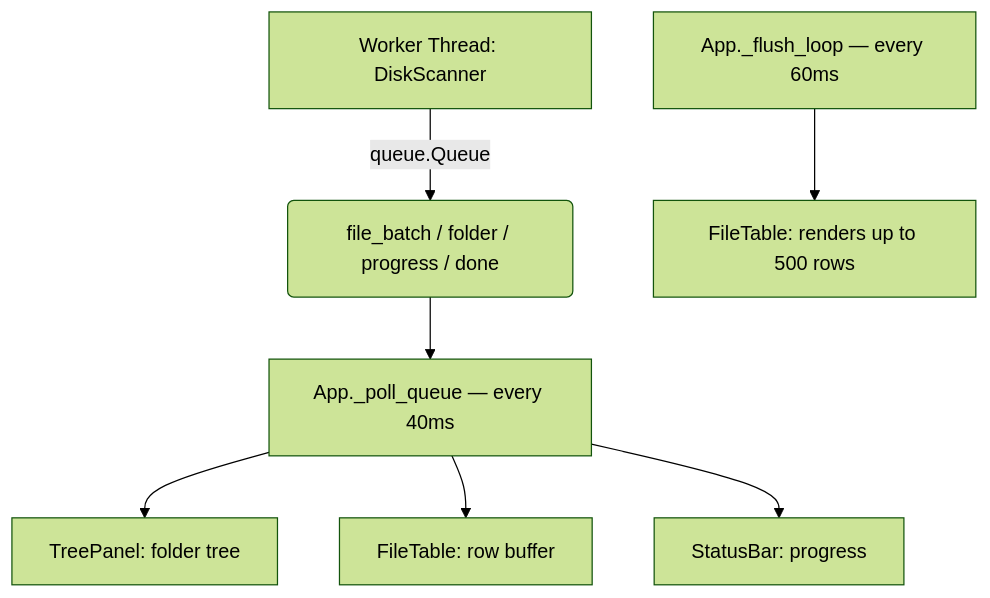
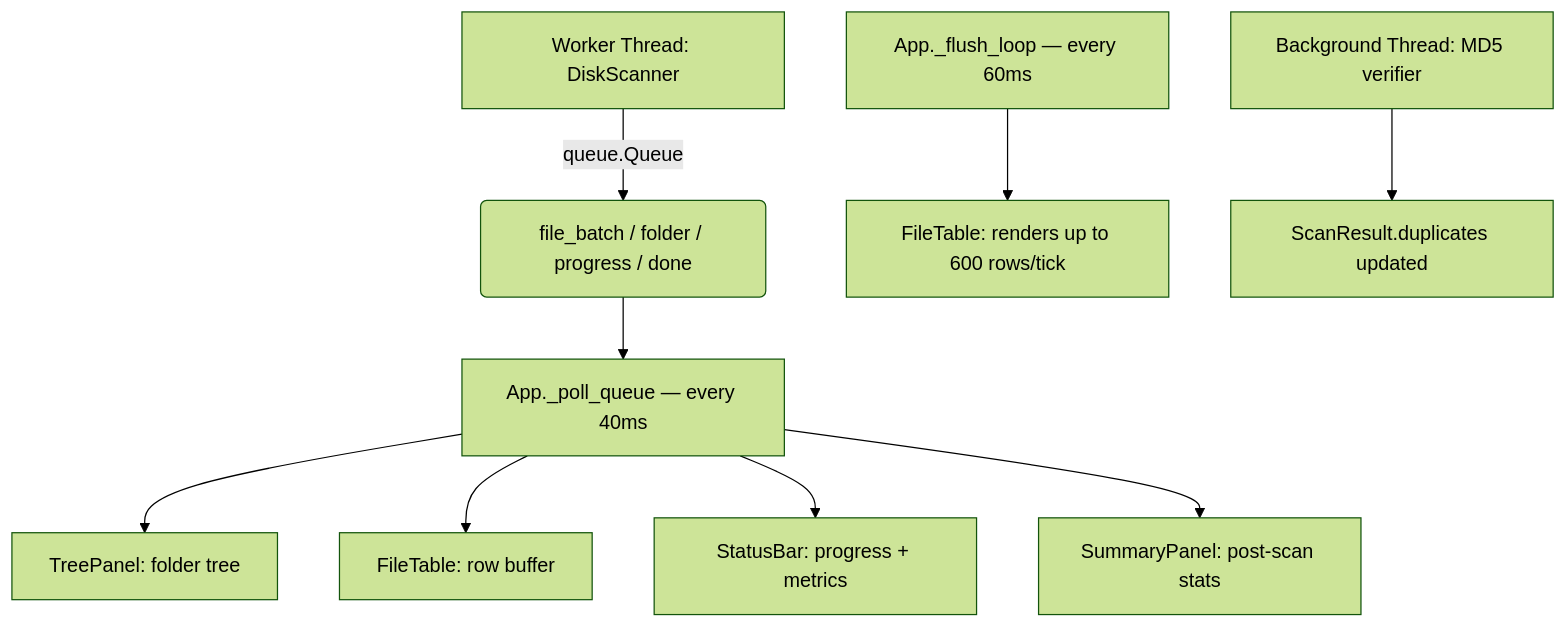
Before and after one commit to Lizzen/disk_analyzer: the first of 2 diagrams in README.md, drawn with Mermaid (forest theme). The commit also changed other lines of this file and 21 other files, not shown here.

````diff
--- a/README.md
+++ b/README.md
@@ -109,9 +150,11 @@
 ```mermaid
 graph TD
     A[Worker Thread: DiskScanner] -->|queue.Queue| B(file_batch / folder / progress / done)
     B --> C[App._poll_queue — every 40ms]
     C --> D[TreePanel: folder tree]
     C --> E[FileTable: row buffer]
-    C --> F[StatusBar: progress]
-    G[App._flush_loop — every 60ms] --> H[FileTable: renders up to 500 rows]
+    C --> F[StatusBar: progress + metrics]
+    C --> G[SummaryPanel: post-scan stats]
+    H[App._flush_loop — every 60ms] --> I[FileTable: renders up to 600 rows/tick]
+    J[Background Thread: MD5 verifier] --> K[ScanResult.duplicates updated]
 ```
````
